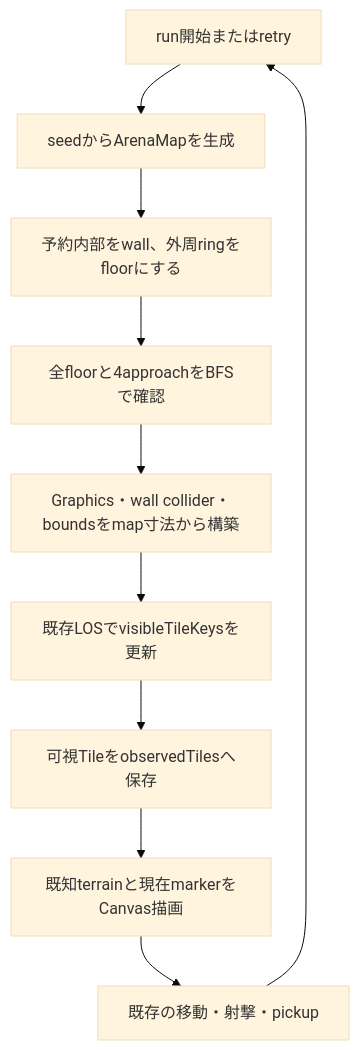
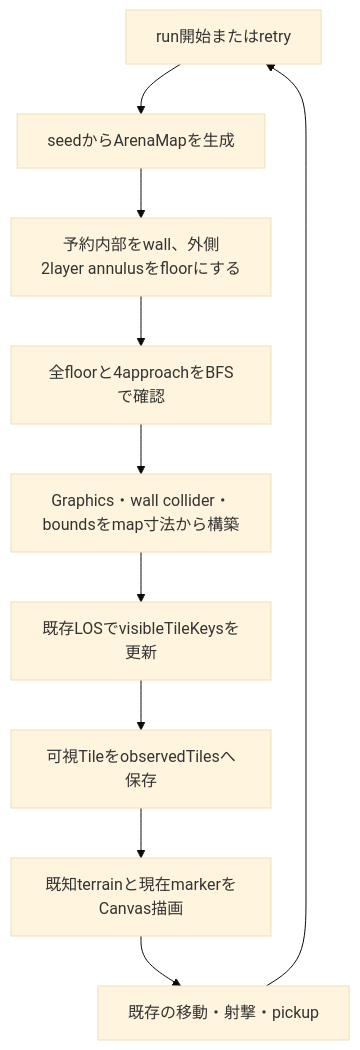
The diagram in docs/40_design/detail/standard-arena-map-v2.md (WFrog2511/2d-coop-survival), drawn with Mermaid (base theme) before and after one commit. The commit also changed other lines of this file and 29 other files, not shown here.

```diff
--- a/docs/40_design/detail/standard-arena-map-v2.md
+++ b/docs/40_design/detail/standard-arena-map-v2.md
@@ -57,12 +59,12 @@
 ~~~mermaid
 flowchart TD
   reset[run開始またはretry] --> generate[seedからArenaMapを生成]
-  generate --> reserve[予約内部をwall、外周ringをfloorにする]
+  generate --> reserve[予約内部をwall、外側2layer annulusをfloorにする]
   reserve --> validate[全floorと4approachをBFSで確認]
   validate --> build[Graphics・wall collider・boundsをmap寸法から構築]
   build --> visible[既存LOSでvisibleTileKeysを更新]
   visible --> snapshot[可視TileをobservedTilesへ保存]
   snapshot --> minimap[既知terrainと現在markerをCanvas描画]
   minimap --> play[既存の移動・射撃・pickup]
   play --> reset
 ~~~
```
